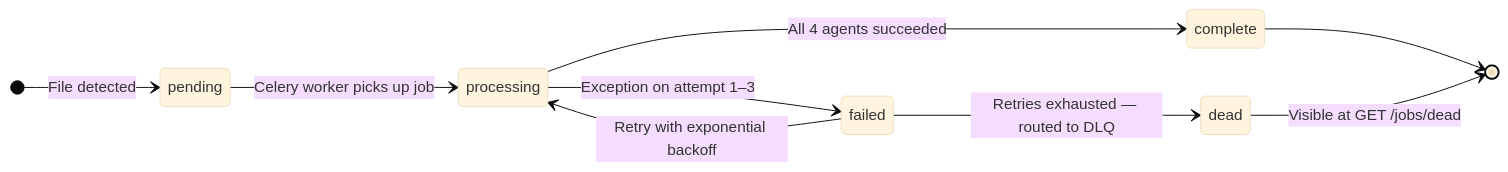
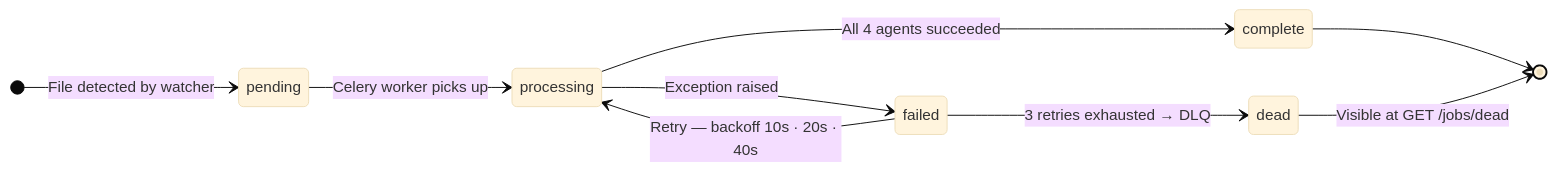
One commit to mhdSharuk/DealFlow changed the third of 4 diagrams in README.md. Above: the diagram before and after it, drawn with Mermaid (base theme). The commit also changed other lines of this file, not shown here.

````diff
--- a/README.md
+++ b/README.md
@@ -90,12 +96,12 @@
 ```mermaid
 stateDiagram-v2
     direction LR
-    [*] --> pending : File detected
-    pending --> processing : Celery worker picks up job
+    [*] --> pending : File detected by watcher
+    pending --> processing : Celery worker picks up
     processing --> complete : All 4 agents succeeded
-    processing --> failed : Exception on attempt 1–3
-    failed --> processing : Retry with exponential backoff
-    failed --> dead : Retries exhausted — routed to DLQ
+    processing --> failed : Exception raised
+    failed --> processing : Retry — backoff 10s · 20s · 40s
+    failed --> dead : 3 retries exhausted → DLQ
     complete --> [*]
     dead --> [*] : Visible at GET /jobs/dead
 ```
````
